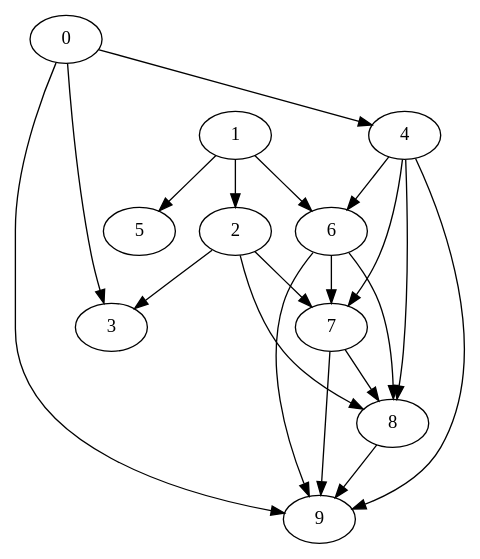
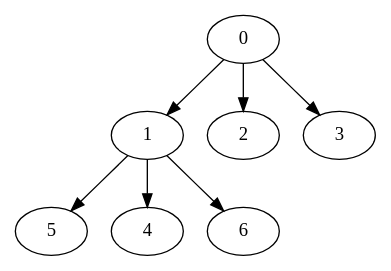
One commit to dder725/ProcessScheduler changed the diagram in INPUT-output.dot. Above: the diagram before and after it, drawn with Graphviz. The commit also changed 8 other files, not shown here.

```diff
--- a/INPUT-output.dot
+++ b/INPUT-output.dot
@@ -1,32 +1,16 @@
 digraph " Output " {
-1           [Weight=5,Start=0,Processor=0];
-1 -> 2      [Weight = 48];
-1 -> 5      [Weight = 19];
-1 -> 6      [Weight = 39];
-5           [Weight=7,Start=5,Processor=0];
-2           [Weight=5,Start=12,Processor=0];
-2 -> 3      [Weight = 10];
-2 -> 7      [Weight = 48];
-2 -> 8      [Weight = 48];
-6           [Weight=8,Start=19,Processor=0];
-6 -> 7      [Weight = 15];
-6 -> 8      [Weight = 39];
-6 -> 9      [Weight = 29];
-7           [Weight=3,Start=57,Processor=0];
-7 -> 8      [Weight = 15];
-7 -> 9      [Weight = 34];
-8           [Weight=8,Start=57,Processor=0];
-8 -> 9      [Weight = 39];
-9           [Weight=8,Start=50,Processor=0];
-0           [Weight=6,Start=0,Processor=1];
-0 -> 3      [Weight = 34];
-0 -> 4      [Weight = 24];
-0 -> 9      [Weight = 44];
-4           [Weight=3,Start=6,Processor=1];
-4 -> 6      [Weight = 10];
-4 -> 7      [Weight = 48];
-4 -> 8      [Weight = 48];
-4 -> 9      [Weight = 39];
-3           [Weight=10,Start=27,Processor=1];
+5           [Weight=7,Start=15,Processor=0];
+0           [Weight=5,Start=0,Processor=1];
+0 -> 1      [Weight = 15];
+0 -> 2      [Weight = 11];
+0 -> 3      [Weight = 11];
+1           [Weight=6,Start=5,Processor=1];
+1 -> 4      [Weight = 19];
+1 -> 5      [Weight = 4];
+1 -> 6      [Weight = 21];
+6           [Weight=7,Start=11,Processor=1];
+4           [Weight=4,Start=18,Processor=1];
+3           [Weight=6,Start=16,Processor=2];
+2           [Weight=5,Start=16,Processor=3];
 
 }
```
